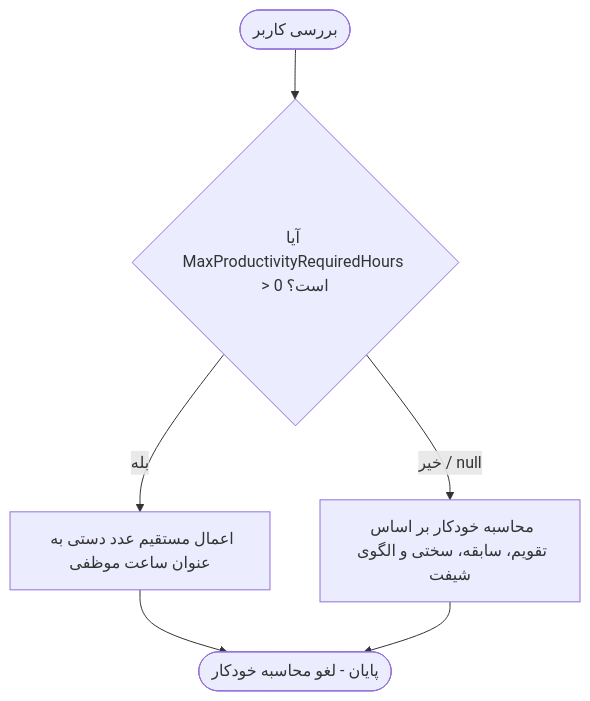
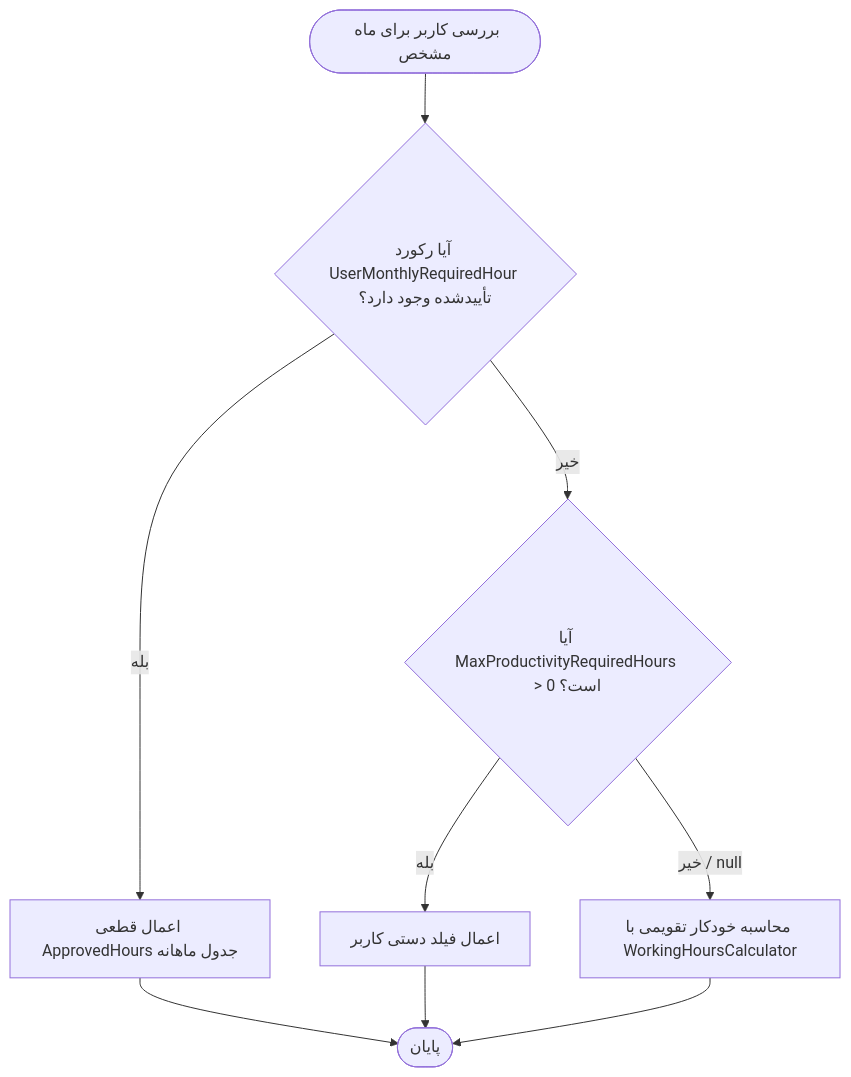
Before and after one commit to rayanoco65-javad/ShiftYaar: the second of 2 diagrams in Docs/Personnel_Required_Hours_Guide_FA.md, drawn with Mermaid. The commit also changed other lines of this file and 19 other files, not shown here.

````diff
--- a/Docs/Personnel_Required_Hours_Guide_FA.md
+++ b/Docs/Personnel_Required_Hours_Guide_FA.md
@@ -161,8 +168,11 @@
 ```mermaid
 graph TD
-    Start([بررسی کاربر]) --> CheckOverride{آیا MaxProductivityRequiredHours > 0 است؟}
-    CheckOverride -- بله --> SetManual[اعمال مستقیم عدد دستی به عنوان ساعت موظفی]
-    SetManual --> End([پایان - لغو محاسبه خودکار])
-    CheckOverride -- خیر / null --> RunAuto[محاسبه خودکار بر اساس تقویم، سابقه، سختی و الگوی شیفت]
+    Start([بررسی کاربر برای ماه مشخص]) --> CheckMonthly{آیا رکورد UserMonthlyRequiredHour تأییدشده وجود دارد؟}
+    CheckMonthly -- بله --> SetMonthly[اعمال قطعی ApprovedHours جدول ماهانه]
+    SetMonthly --> End([پایان])
+    CheckMonthly -- خیر --> CheckStatic{آیا MaxProductivityRequiredHours > 0 است؟}
+    CheckStatic -- بله --> SetStatic[اعمال فیلد دستی کاربر]
+    SetStatic --> End
+    CheckStatic -- خیر / null --> RunAuto[محاسبه خودکار تقویمی با WorkingHoursCalculator]
     RunAuto --> End
 ```
````
